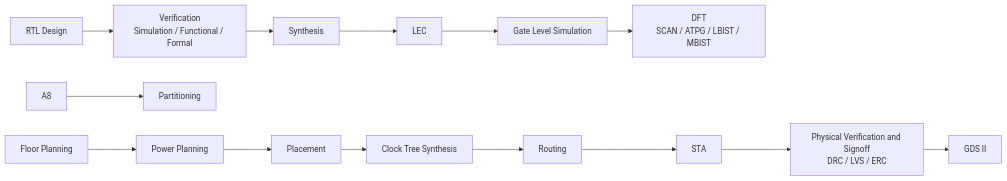
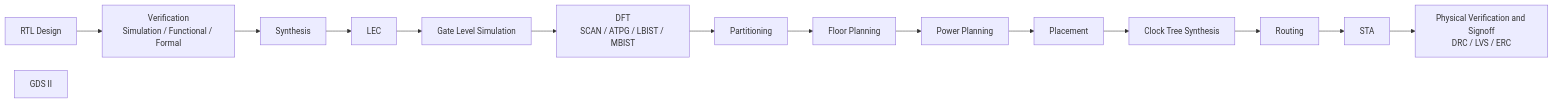
One commit to rajeshasokanupskill-sketch/RTL-to-GDS-using-open-source-EDA-tools changed the diagram in README.md. Above: the diagram before and after it, drawn with Mermaid.

Commit message:
commited design flow chart4

````diff
--- a/README.md
+++ b/README.md
@@ -3,37 +3,37 @@
 ```mermaid
 flowchart LR
 
 %% Front End Design
 A1[RTL Design]
 A2[Verification<br/>Simulation / Functional / Formal]
 A3[Synthesis]
 A4[LEC]
 A5[Gate Level Simulation]
 A6[DFT<br/>SCAN / ATPG / LBIST / MBIST]
 
 A1 --> A2
 A2 --> A3
 A3 --> A4
 A4 --> A5
 A5 --> A6
 
 %% Back End Design
 B7[Partitioning]
 B8[Floor Planning]
 B9[Power Planning]
 B10[Placement]
 B11[Clock Tree Synthesis]
 B12[Routing]
 B13[STA]
 B14[Physical Verification and Signoff<br/>DRC / LVS / ERC]
 B15[GDS II]
 
-A8 --> B7
+A6 --> B7
+B7 --> B8
 B8 --> B9
 B9 --> B10
 B10 --> B11
 B11 --> B12
 B12 --> B13
 B13 --> B14
-B14 --> B15
 ```
````
